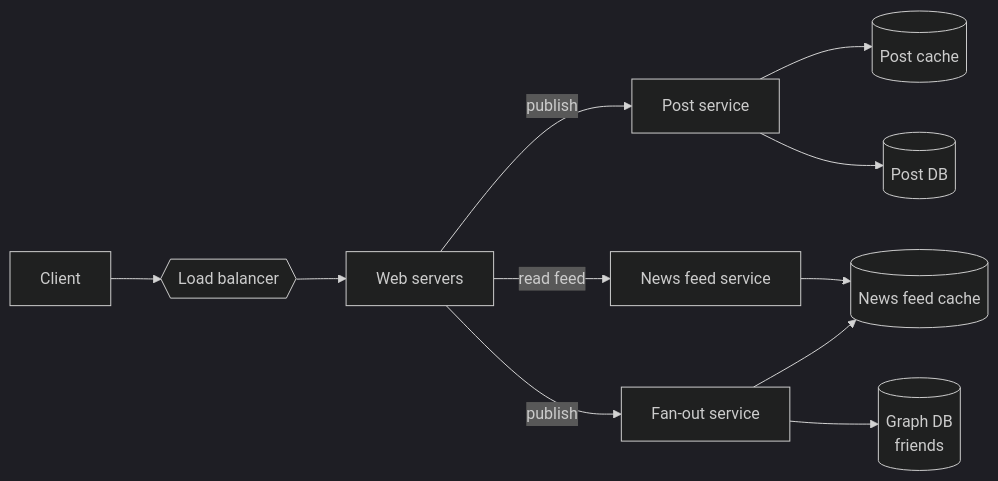
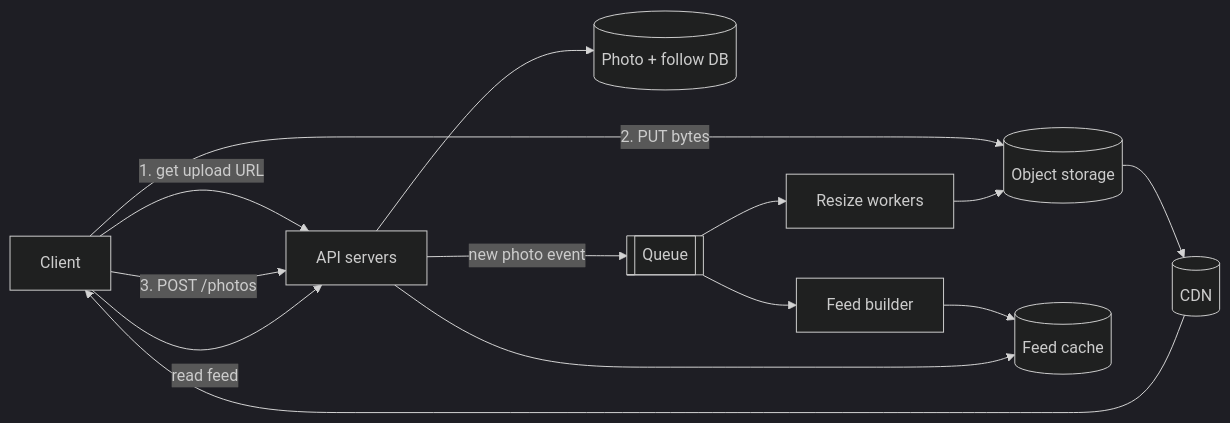
Before and after one commit to JayKap-Git/sysdes: the second of 3 diagrams in docs/foundations/03-interview-framework.en.md, drawn with Mermaid (dark theme). The commit also changed other lines of this file and 8 other files, not shown here.

````diff
--- a/docs/foundations/03-interview-framework.en.md
+++ b/docs/foundations/03-interview-framework.en.md
@@ -159,9 +164,12 @@
 ```mermaid
 flowchart LR
-    C[Client] --> LB{{Load balancer}}
-    LB --> WS[Web servers]
-    WS -->|publish| PS[Post service] --> PC[(Post cache)] & PDB[(Post DB)]
-    WS -->|publish| FO[Fan-out service] --> FC[(News feed cache)]
-    WS -->|read feed| NF[News feed service] --> FC
-    FO --> G[(Graph DB<br/>friends)]
+    C[Client] -->|1. get upload URL| API[API servers]
+    C -->|2. PUT bytes| OBJ[(Object storage)]
+    C -->|3. POST /photos| API
+    API --> META[(Photo + follow DB)]
+    API -->|new photo event| Q[[Queue]]
+    Q --> IMG[Resize workers] --> OBJ
+    Q --> FAN[Feed builder] --> FC[(Feed cache)]
+    C -->|read feed| API --> FC
+    OBJ --> CDN[(CDN)] --> C
 ```
````
